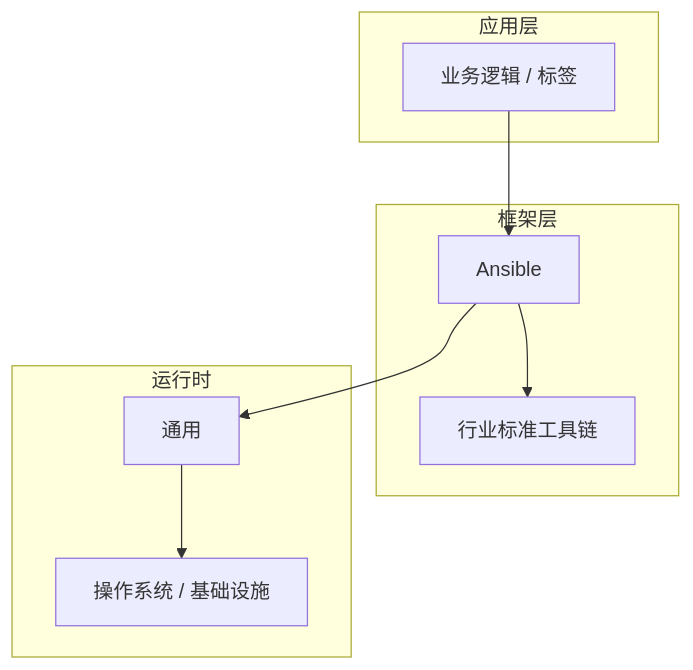
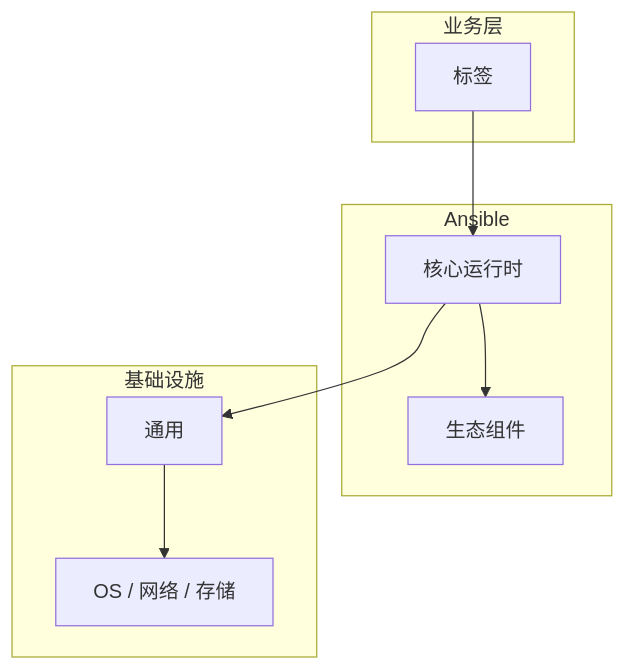
One commit to yanggan2015/knowledge-json-v2 changed the diagram in articles/Ansible/chapters/046-标签核心概念与原理.md. Above: the diagram before and after it, drawn with Mermaid. The commit also changed other lines of this file and 10127 other files, not shown here.

````diff
--- a/articles/Ansible/chapters/046-标签核心概念与原理.md
+++ b/articles/Ansible/chapters/046-标签核心概念与原理.md
@@ -45,18 +34,18 @@
 ```mermaid
 graph TB
-    subgraph 应用层
-        A[业务逻辑 / 标签]
+    subgraph 业务层
+        A[标签]
     end
-    subgraph 框架层
-        B[Ansible]
-        C[行业标准工具链]
+    subgraph Ansible
+        B[核心运行时]
+        C[生态组件]
     end
-    subgraph 运行时
+    subgraph 基础设施
         D[通用]
-        E[操作系统 / 基础设施]
+        E[OS / 网络 / 存储]
     end
     A --> B
     B --> C
     B --> D
     D --> E
 ```
````
